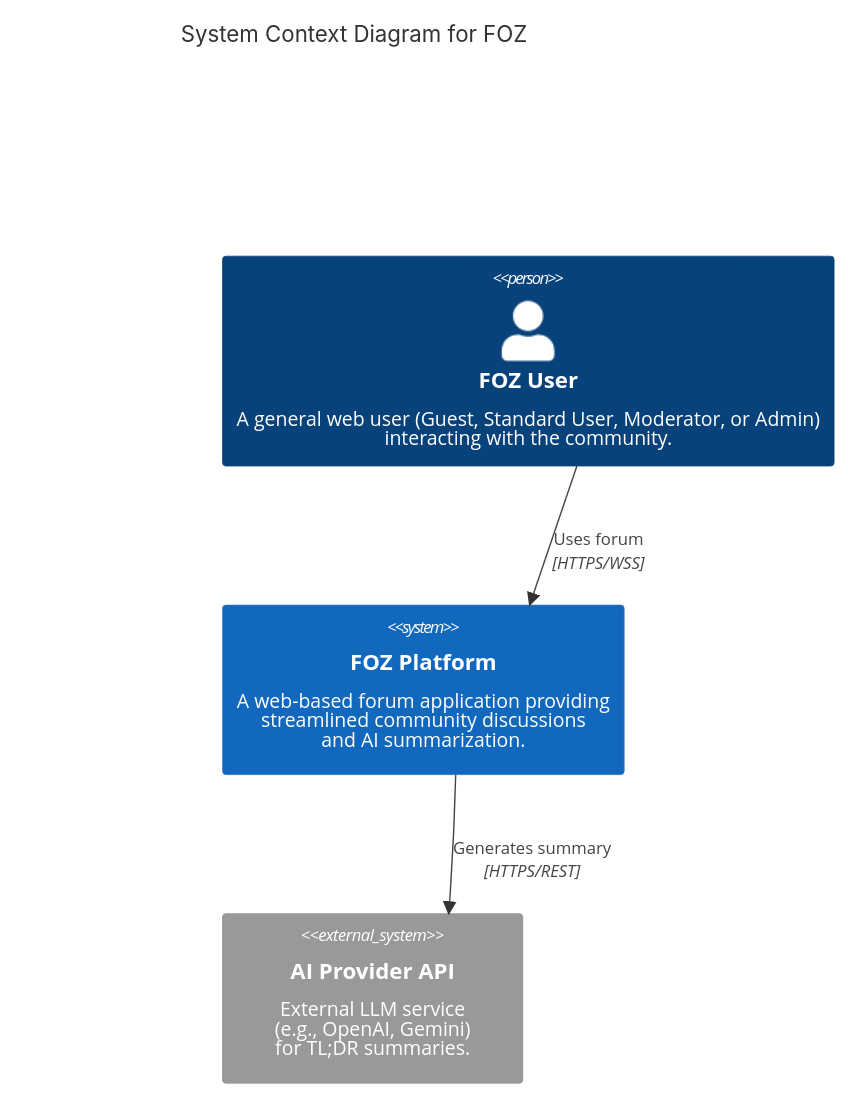
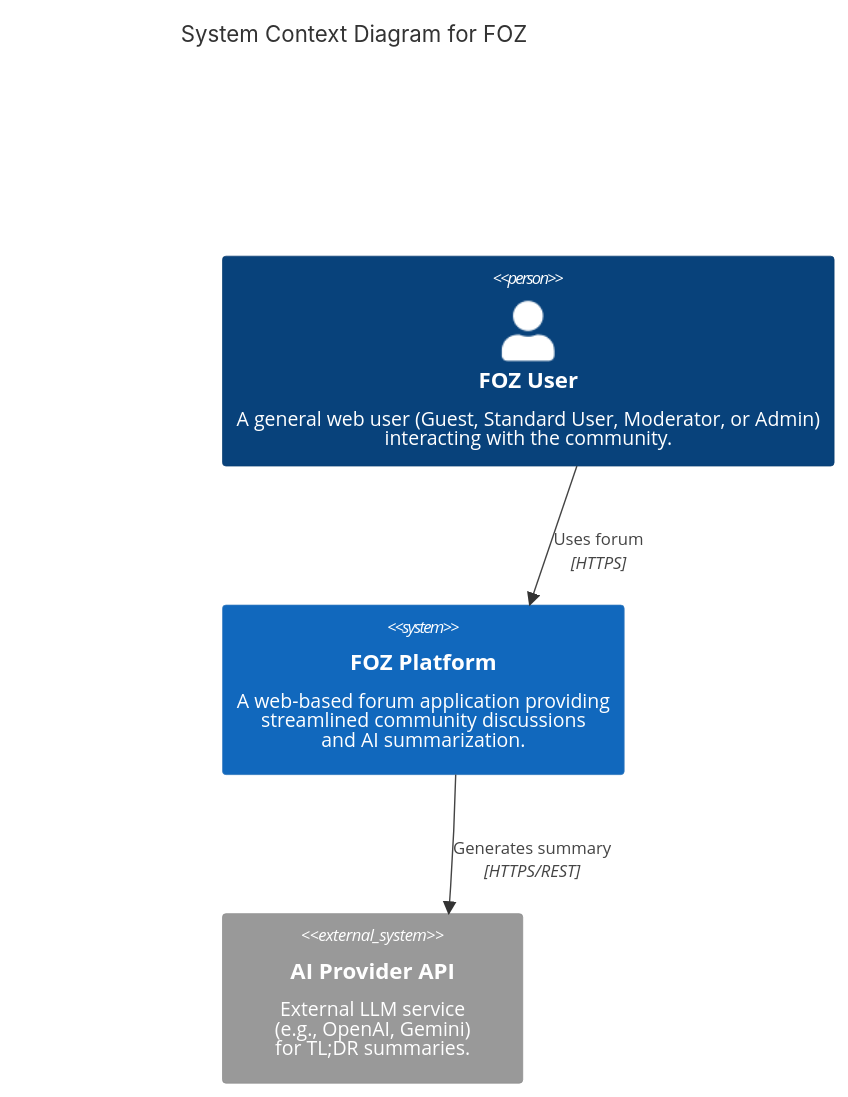
One commit to anvn12/FOZ changed the first of 4 diagrams in docs/01 - PA/PA4-Group06/PA4.md. Above: the diagram before and after it, drawn with Mermaid. The commit also changed other lines of this file, not shown here.

````diff
--- a/docs/01 - PA/PA4-Group06/PA4.md
+++ b/docs/01 - PA/PA4-Group06/PA4.md
@@ -85,15 +83,15 @@
 ```mermaid
 C4Context
     title System Context Diagram for FOZ
 
     Person(user, "FOZ User", "A general web user (Guest, Standard User, Moderator, or Admin)<br/>interacting with the community.<br/>")
     
     System(foz, "FOZ Platform", "A web-based forum application providing<br/>streamlined community discussions<br/>and AI summarization.")
     
     System_Ext(ai_api, "AI Provider API", "External LLM service<br/>(e.g., OpenAI, Gemini)<br/>for TL;DR summaries.")
 
-    Rel_D(user, foz, "Uses forum", "HTTPS/WSS")
+    Rel_D(user, foz, "Uses forum", "HTTPS")
     Rel_D(foz, ai_api, "Generates summary", "HTTPS/REST")
 
     UpdateLayoutConfig($c4ShapeInRow="1", $c4BoundaryInRow="1")
 ```
````
